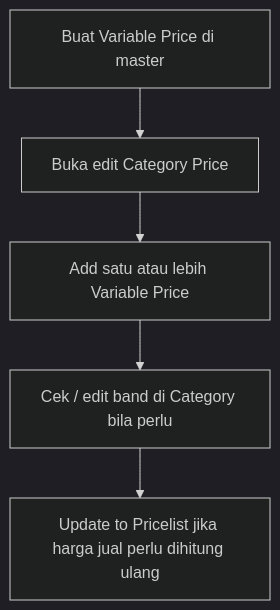
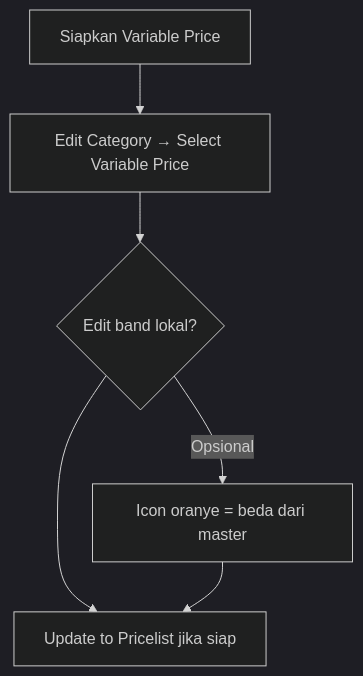
The diagram in qa-docs/businessdevelopment-category-price/knowledge-base.md (yendyr/olshoperp-docs), drawn with Mermaid (dark theme) before and after one commit. The commit also changed other lines of this file and 17 other files, not shown here.

First line of the commit message:
docs(bd): sync Variable Price multi-tier stack to review (ETM-16312/13/14)

````diff
--- a/qa-docs/businessdevelopment-category-price/knowledge-base.md
+++ b/qa-docs/businessdevelopment-category-price/knowledge-base.md
@@ -25,7 +20,8 @@
 ```mermaid
 flowchart TD
-    A[Buat Variable Price di master] --> B[Buka edit Category Price]
-    B --> C[Add satu atau lebih Variable Price]
-    C --> D[Cek / edit band di Category bila perlu]
-    D --> E[Update to Pricelist jika harga jual perlu dihitung ulang]
+    A[Siapkan Variable Price] --> B[Edit Category → Select Variable Price]
+    B --> C{Edit band lokal?}
+    C -->|Opsional| D[Icon oranye = beda dari master]
+    C --> E[Update to Pricelist jika siap]
+    D --> E
 ```
````
